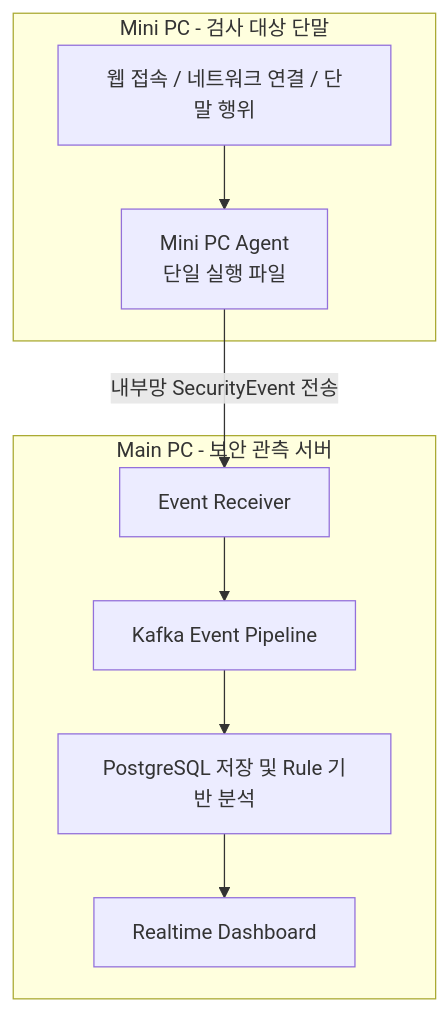
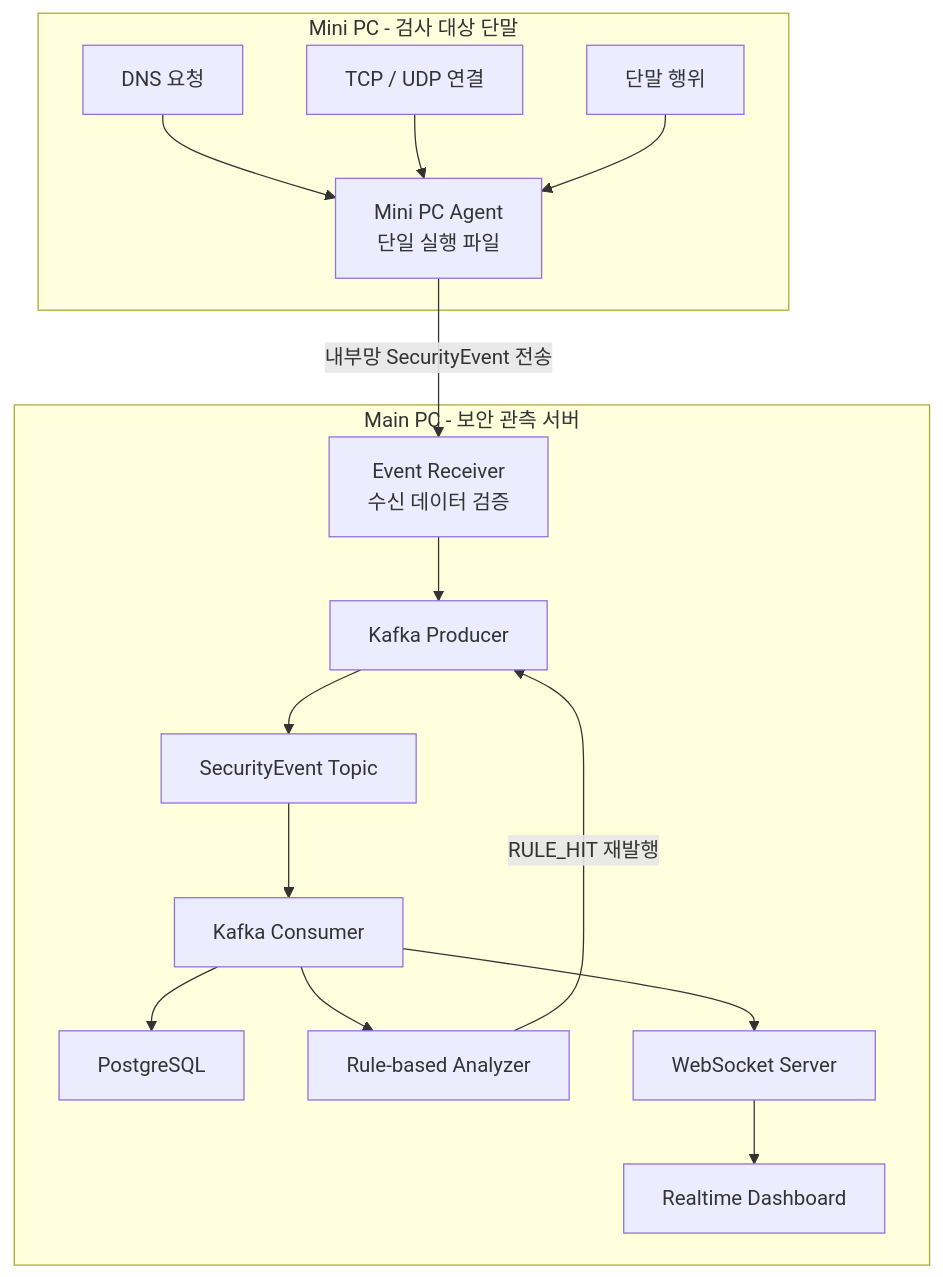
Before and after one commit to seoheejung/officeguard-lab: the diagram in README.md, drawn with Mermaid. The commit also changed other lines of this file, not shown here.

Commit message:
feat: Phase 9 Mini PC Agent Network Flow 수집 작업

````diff
--- a/README.md
+++ b/README.md
@@ -69,20 +69,36 @@
 ```mermaid
 flowchart TD
     subgraph MiniPC["Mini PC - 검사 대상 단말"]
-        Activity["웹 접속 / 네트워크 연결 / 단말 행위"]
+        DNS["DNS 요청"]
+        Flow["TCP / UDP 연결"]
+        Endpoint["단말 행위"]
         Agent["Mini PC Agent<br/>단일 실행 파일"]
+
+        DNS --> Agent
+        Flow --> Agent
+        Endpoint --> Agent
     end
 
     subgraph MainPC["Main PC - 보안 관측 서버"]
-        Receiver["Event Receiver"]
-        Pipeline["Kafka Event Pipeline"]
-        Processing["PostgreSQL 저장 및 Rule 기반 분석"]
+        Receiver["Event Receiver<br/>수신 데이터 검증"]
+        Producer["Kafka Producer"]
+        Topic["SecurityEvent Topic"]
+        Consumer["Kafka Consumer"]
+        Storage["PostgreSQL"]
+        Analyzer["Rule-based Analyzer"]
+        WebSocket["WebSocket Server"]
         Dashboard["Realtime Dashboard"]
     end
 
-    Activity --> Agent
     Agent -->|"내부망 SecurityEvent 전송"| Receiver
-    Receiver --> Pipeline
-    Pipeline --> Processing
-    Processing --> Dashboard
+    Receiver --> Producer
+    Producer --> Topic
+    Topic --> Consumer
+
+    Consumer --> Storage
+    Consumer --> Analyzer
+    Consumer --> WebSocket
+
+    Analyzer -->|"RULE_HIT 재발행"| Producer
+    WebSocket --> Dashboard
 ```
````
